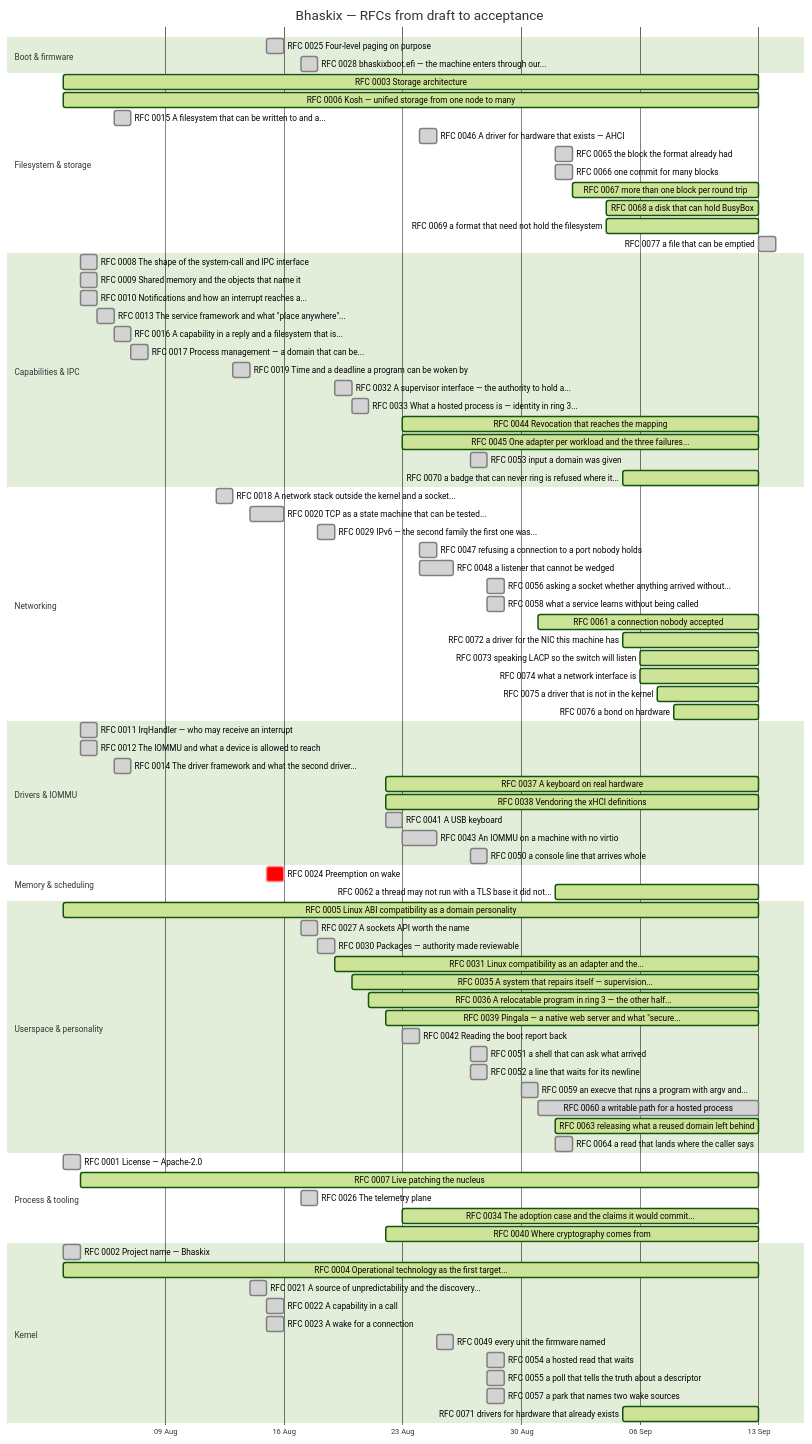
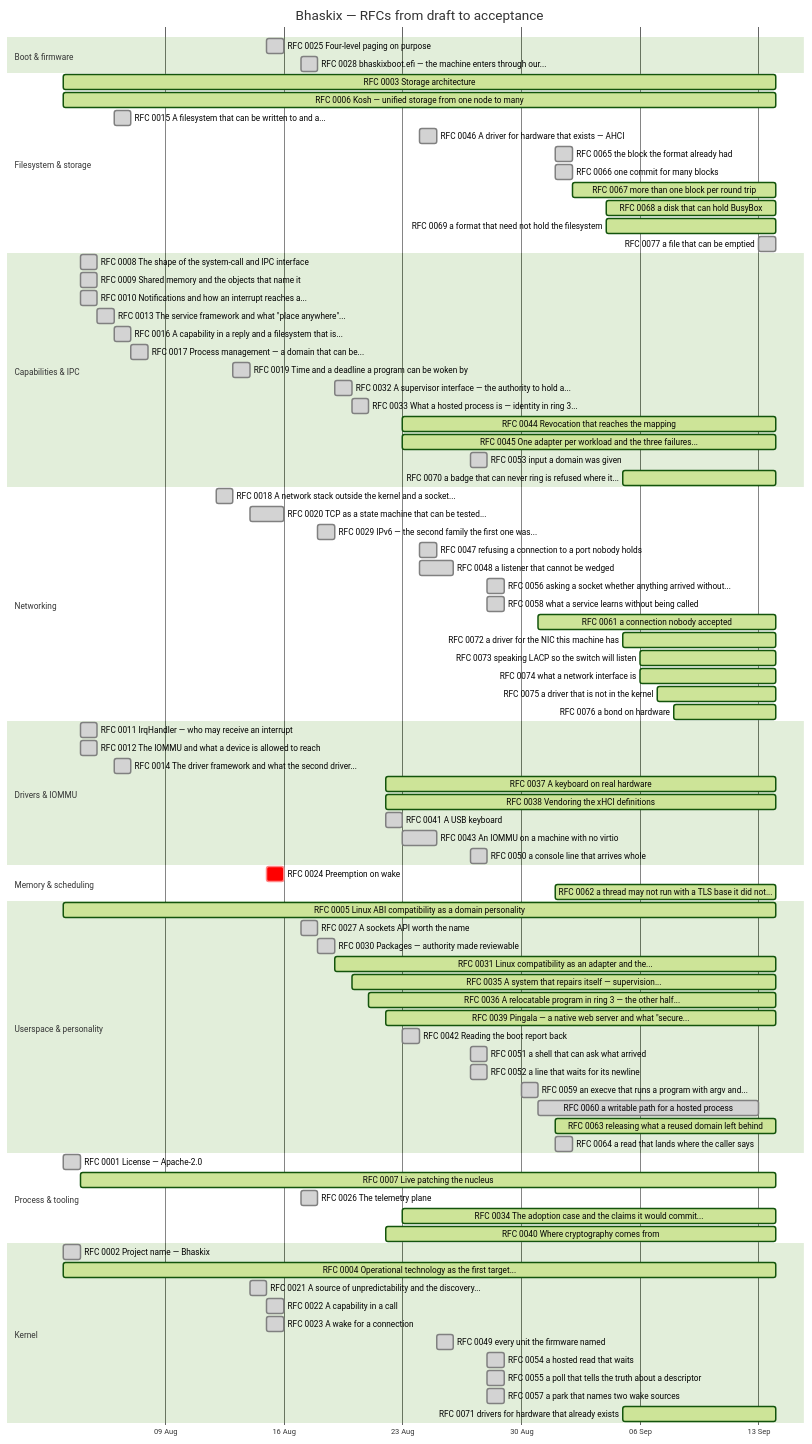
The diagram in docs/progress.md (bhaskix/bhaskix), drawn with Mermaid (forest theme) before and after one commit. The commit also changed other lines of this file and 1 other file, not shown here.

First paragraph of the commit message:
docs: close the CI defect -- the image outgrew the root bound
Three CI runs went red at the `interactive shell` job's `disk` step, RFC 0060
and RFC 0077 were reverted for it, and neither was the cause.

````diff
--- a/docs/progress.md
+++ b/docs/progress.md
@@ -31,15 +31,15 @@
     RFC 0025 Four-level paging on purpose :done, r0025, 2026-08-15, 2026-08-16
     RFC 0028 bhaskixboot.efi — the machine enters through our... :done, r0028, 2026-08-17, 2026-08-18
     section Filesystem & storage
-    RFC 0003 Storage architecture :active, r0003, 2026-08-03, 2026-09-13
-    RFC 0006 Kosh — unified storage from one node to many :active, r0006, 2026-08-03, 2026-09-13
+    RFC 0003 Storage architecture :active, r0003, 2026-08-03, 2026-09-14
+    RFC 0006 Kosh — unified storage from one node to many :active, r0006, 2026-08-03, 2026-09-14
     RFC 0015 A filesystem that can be written to and a... :done, r0015, 2026-08-06, 1d
     RFC 0046 A driver for hardware that exists — AHCI :done, r0046, 2026-08-24, 1d
     RFC 0065 the block the format already had :done, r0065, 2026-09-01, 1d
     RFC 0066 one commit for many blocks :done, r0066, 2026-09-01, 1d
-    RFC 0067 more than one block per round trip :active, r0067, 2026-09-02, 2026-09-13
-    RFC 0068 a disk that can hold BusyBox :active, r0068, 2026-09-04, 2026-09-13
-    RFC 0069 a format that need not hold the filesystem :active, r0069, 2026-09-04, 2026-09-13
+    RFC 0067 more than one block per round trip :active, r0067, 2026-09-02, 2026-09-14
+    RFC 0068 a disk that can hold BusyBox :active, r0068, 2026-09-04, 2026-09-14
+    RFC 0069 a format that need not hold the filesystem :active, r0069, 2026-09-04, 2026-09-14
     RFC 0077 a file that can be emptied :done, r0077, 2026-09-13, 1d
     section Capabilities & IPC
     RFC 0008 The shape of the system-call and IPC interface :done, r0008, 2026-08-04, 1d
@@ -51,10 +51,10 @@
     RFC 0019 Time and a deadline a program can be woken by :done, r0019, 2026-08-13, 2026-08-14
     RFC 0032 A supervisor interface — the authority to hold a... :done, r0032, 2026-08-19, 2026-08-20
     RFC 0033 What a hosted process is — identity in ring 3... :done, r0033, 2026-08-20, 1d
-    RFC 0044 Revocation that reaches the mapping :active, r0044, 2026-08-23, 2026-09-13
-    RFC 0045 One adapter per workload and the three failures... :active, r0045, 2026-08-23, 2026-09-13
+    RFC 0044 Revocation that reaches the mapping :active, r0044, 2026-08-23, 2026-09-14
+    RFC 0045 One adapter per workload and the three failures... :active, r0045, 2026-08-23, 2026-09-14
     RFC 0053 input a domain was given :done, r0053, 2026-08-27, 1d
-    RFC 0070 a badge that can never ring is refused where it... :active, r0070, 2026-09-05, 2026-09-13
+    RFC 0070 a badge that can never ring is refused where it... :active, r0070, 2026-09-05, 2026-09-14
     section Networking
     RFC 0018 A network stack outside the kernel and a socket... :done, r0018, 2026-08-12, 2026-08-13
     RFC 0020 TCP as a state machine that can be tested... :done, r0020, 2026-08-14, 2026-08-16
@@ -63,48 +63,48 @@
     RFC 0048 a listener that cannot be wedged :done, r0048, 2026-08-24, 2026-08-26
     RFC 0056 asking a socket whether anything arrived without... :done, r0056, 2026-08-28, 1d
     RFC 0058 what a service learns without being called :done, r0058, 2026-08-28, 1d
-    RFC 0061 a connection nobody accepted :active, r0061, 2026-08-31, 2026-09-13
-    RFC 0072 a driver for the NIC this machine has :active, r0072, 2026-09-05, 2026-09-13
-    RFC 0073 speaking LACP so the switch will listen :active, r0073, 2026-09-06, 2026-09-13
-    RFC 0074 what a network interface is :active, r0074, 2026-09-06, 2026-09-13
-    RFC 0075 a driver that is not in the kernel :active, r0075, 2026-09-07, 2026-09-13
-    RFC 0076 a bond on hardware :active, r0076, 2026-09-08, 2026-09-13
+    RFC 0061 a connection nobody accepted :active, r0061, 2026-08-31, 2026-09-14
+    RFC 0072 a driver for the NIC this machine has :active, r0072, 2026-09-05, 2026-09-14
+    RFC 0073 speaking LACP so the switch will listen :active, r0073, 2026-09-06, 2026-09-14
+    RFC 0074 what a network interface is :active, r0074, 2026-09-06, 2026-09-14
+    RFC 0075 a driver that is not in the kernel :active, r0075, 2026-09-07, 2026-09-14
+    RFC 0076 a bond on hardware :active, r0076, 2026-09-08, 2026-09-14
     section Drivers & IOMMU
     RFC 0011 IrqHandler — who may receive an interrupt :done, r0011, 2026-08-04, 1d
     RFC 0012 The IOMMU and what a device is allowed to reach :done, r0012, 2026-08-04, 1d
     RFC 0014 The driver framework and what the second driver... :done, r0014, 2026-08-06, 1d
-    RFC 0037 A keyboard on real hardware :active, r0037, 2026-08-22, 2026-09-13
-    RFC 0038 Vendoring the xHCI definitions :active, r0038, 2026-08-22, 2026-09-13
+    RFC 0037 A keyboard on real hardware :active, r0037, 2026-08-22, 2026-09-14
+    RFC 0038 Vendoring the xHCI definitions :active, r0038, 2026-08-22, 2026-09-14
     RFC 0041 A USB keyboard :done, r0041, 2026-08-22, 2026-08-23
     RFC 0043 An IOMMU on a machine with no virtio :done, r0043, 2026-08-23, 2026-08-25
     RFC 0050 a console line that arrives whole :done, r0050, 2026-08-27, 1d
     section Memory & scheduling
     RFC 0024 Preemption on wake :crit, r0024, 2026-08-15, 1d
-    RFC 0062 a thread may not run with a TLS base it did not... :active, r0062, 2026-09-01, 2026-09-13
+    RFC 0062 a thread may not run with a TLS base it did not... :active, r0062, 2026-09-01, 2026-09-14
     section Userspace & personality
-    RFC 0005 Linux ABI compatibility as a domain personality :active, r0005, 2026-08-03, 2026-09-13
+    RFC 0005 Linux ABI compatibility as a domain personality :active, r0005, 2026-08-03, 2026-09-14
     RFC 0027 A sockets API worth the name :done, r0027, 2026-08-17, 1d
     RFC 0030 Packages — authority made reviewable :done, r0030, 2026-08-18, 2026-08-19
-    RFC 0031 Linux compatibility as an adapter and the... :active, r0031, 2026-08-19, 2026-09-13
-    RFC 0035 A system that repairs itself — supervision... :active, r0035, 2026-08-20, 2026-09-13
-    RFC 0036 A relocatable program in ring 3 — the other half... :active, r0036, 2026-08-21, 2026-09-13
-    RFC 0039 Pingala — a native web server and what "secure... :active, r0039, 2026-08-22, 2026-09-13
+    RFC 0031 Linux compatibility as an adapter and the... :active, r0031, 2026-08-19, 2026-09-14
+    RFC 0035 A system that repairs itself — supervision... :active, r0035, 2026-08-20, 2026-09-14
+    RFC 0036 A relocatable program in ring 3 — the other half... :active, r0036, 2026-08-21, 2026-09-14
+    RFC 0039 Pingala — a native web server and what "secure... :active, r0039, 2026-08-22, 2026-09-14
     RFC 0042 Reading the boot report back :done, r0042, 2026-08-23, 1d
     RFC 0051 a shell that can ask what arrived :done, r0051, 2026-08-27, 1d
     RFC 0052 a line that waits for its newline :done, r0052, 2026-08-27, 1d
     RFC 0059 an execve that runs a program with argv and... :done, r0059, 2026-08-30, 1d
     RFC 0060 a writable path for a hosted process :done, r0060, 2026-08-31, 2026-09-13
-    RFC 0063 releasing what a reused domain left behind :active, r0063, 2026-09-01, 2026-09-13
+    RFC 0063 releasing what a reused domain left behind :active, r0063, 2026-09-01, 2026-09-14
     RFC 0064 a read that lands where the caller says :done, r0064, 2026-09-01, 1d
     section Process & tooling
     RFC 0001 License — Apache-2.0 :done, r0001, 2026-08-03, 1d
-    RFC 0007 Live patching the nucleus :active, r0007, 2026-08-04, 2026-09-13
+    RFC 0007 Live patching the nucleus :active, r0007, 2026-08-04, 2026-09-14
     RFC 0026 The telemetry plane :done, r0026, 2026-08-17, 1d
-    RFC 0034 The adoption case and the claims it would commit... :active, r0034, 2026-08-23, 2026-09-13
-    RFC 0040 Where cryptography comes from :active, r0040, 2026-08-22, 2026-09-13
+    RFC 0034 The adoption case and the claims it would commit... :active, r0034, 2026-08-23, 2026-09-14
+    RFC 0040 Where cryptography comes from :active, r0040, 2026-08-22, 2026-09-14
     section Kernel
     RFC 0002 Project name — Bhaskix :done, r0002, 2026-08-03, 1d
-    RFC 0004 Operational technology as the first target... :active, r0004, 2026-08-03, 2026-09-13
+    RFC 0004 Operational technology as the first target... :active, r0004, 2026-08-03, 2026-09-14
     RFC 0021 A source of unpredictability and the discovery... :done, r0021, 2026-08-14, 1d
     RFC 0022 A capability in a call :done, r0022, 2026-08-15, 2026-08-16
     RFC 0023 A wake for a connection :done, r0023, 2026-08-15, 2026-08-16
@@ -112,5 +112,5 @@
     RFC 0054 a hosted read that waits :done, r0054, 2026-08-28, 1d
     RFC 0055 a poll that tells the truth about a descriptor :done, r0055, 2026-08-28, 1d
     RFC 0057 a park that names two wake sources :done, r0057, 2026-08-28, 1d
-    RFC 0071 drivers for hardware that already exists :active, r0071, 2026-09-05, 2026-09-13
+    RFC 0071 drivers for hardware that already exists :active, r0071, 2026-09-05, 2026-09-14
 ```
````
